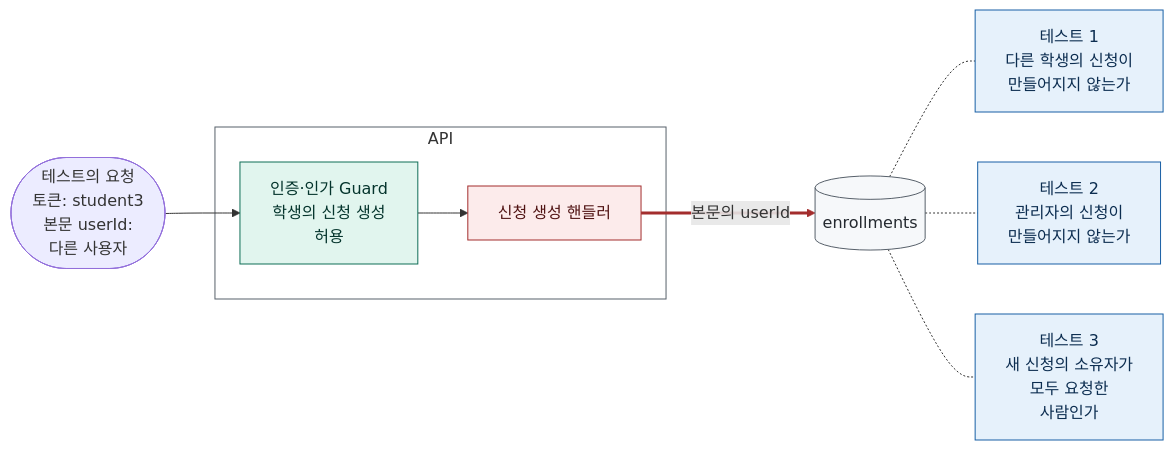
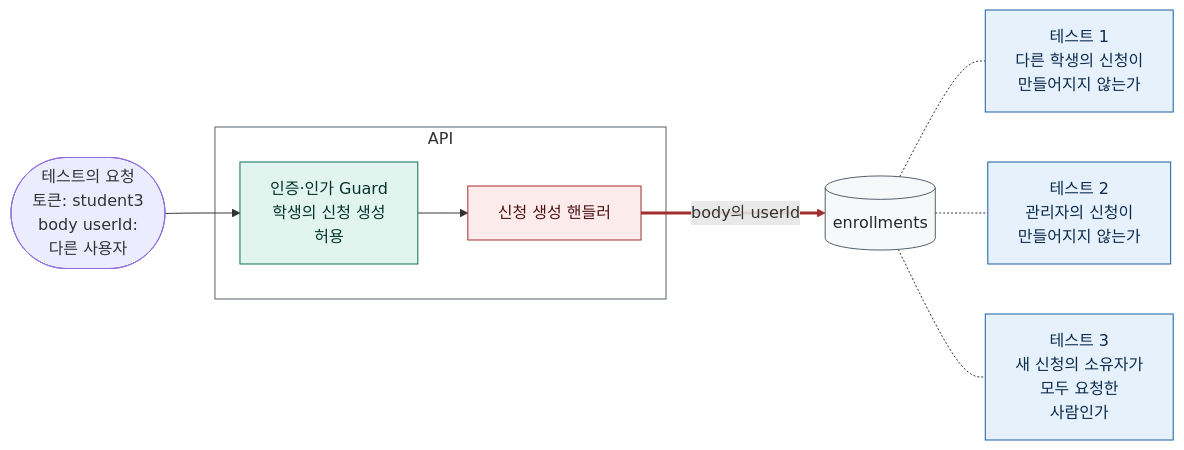
One commit to loquemedalagana/secure-enroll-demo changed the second of 3 diagrams in docs/diagnosis/defect-8.md. Above: the diagram before and after it, drawn with Mermaid. The commit also changed other lines of this file, not shown here.

First line of the commit message:
docs: 결함 8 보고서의 '요청 본문'을 '요청 body'로 고침

````diff
--- a/docs/diagnosis/defect-8.md
+++ b/docs/diagnosis/defect-8.md
@@ -143,29 +143,29 @@
 ```mermaid
 flowchart LR
-  req(["테스트의 요청<br/>토큰: student3<br/>본문 userId:<br/>다른 사용자"])
+  req(["테스트의 요청<br/>토큰: student3<br/>body userId:<br/>다른 사용자"])
 
   subgraph api["API"]
     g["인증·인가 Guard<br/>학생의 신청 생성<br/>허용"]
     h["신청 생성 핸들러"]
   end
 
   db[("enrollments")]
 
   req --> g --> h
-  h == "본문의 userId" ==> db
+  h == "body의 userId" ==> db
 
   db -.- t1["테스트 1<br/>다른 학생의 신청이<br/>만들어지지 않는가"]
   db -.- t2["테스트 2<br/>관리자의 신청이<br/>만들어지지 않는가"]
   db -.- t3["테스트 3<br/>새 신청의 소유자가<br/>모두 요청한<br/>사람인가"]
 
   classDef safe fill:#E1F5EE,stroke:#0F6E56,color:#04342C
   classDef danger fill:#FCEBEB,stroke:#A32D2D,color:#501313
   classDef neutral fill:#f6f8fa,stroke:#57606a,color:#24292f
   classDef test fill:#E6F1FB,stroke:#185FA5,color:#0C2D50
   class g safe
   class h danger
   class db neutral
   class t1,t2,t3 test
   style api fill:none,stroke:#57606a
   linkStyle 2 stroke:#A32D2D,stroke-width:3px
 ```
````
